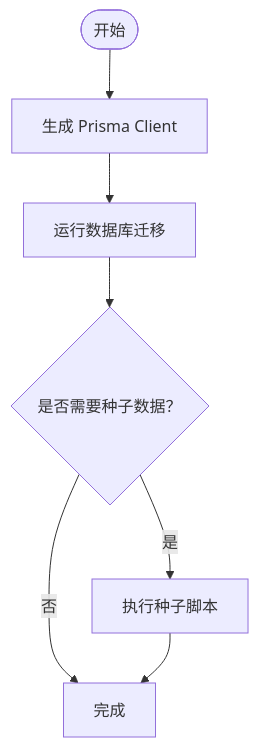
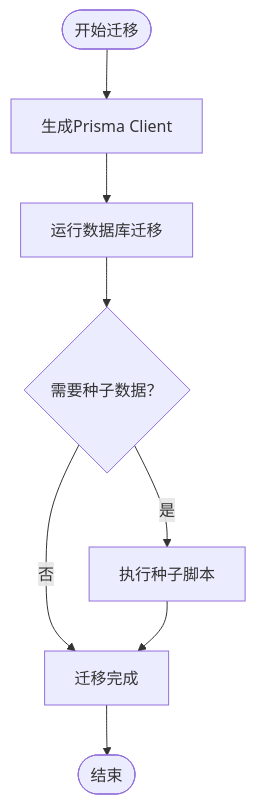
The third of 4 diagrams in .qoder/repowiki/zh/content/数据库设计.md (LouisFantansy/Budget_Mgt_Enterprise), drawn with Mermaid before and after one commit. The commit also changed other lines of this file and 10 other files, not shown here.

````diff
--- a/.qoder/repowiki/zh/content/数据库设计.md
+++ b/.qoder/repowiki/zh/content/数据库设计.md
@@ -543,9 +373,10 @@
 ```mermaid
 flowchart TD
-Start(["开始"]) --> Gen["生成 Prisma Client"]
-Gen --> Mig["运行数据库迁移"]
-Mig --> Seed{"是否需要种子数据？"}
-Seed --> |是| SeedRun["执行种子脚本"]
-Seed --> |否| Done["完成"]
-SeedRun --> Done
+Start(["开始迁移"]) --> Generate["生成Prisma Client"]
+Generate --> Migrate["运行数据库迁移"]
+Migrate --> Seed{"需要种子数据？"}
+Seed --> |是| RunSeed["执行种子脚本"]
+Seed --> |否| Complete["迁移完成"]
+RunSeed --> Complete
+Complete --> End(["结束"])
 ```
````
